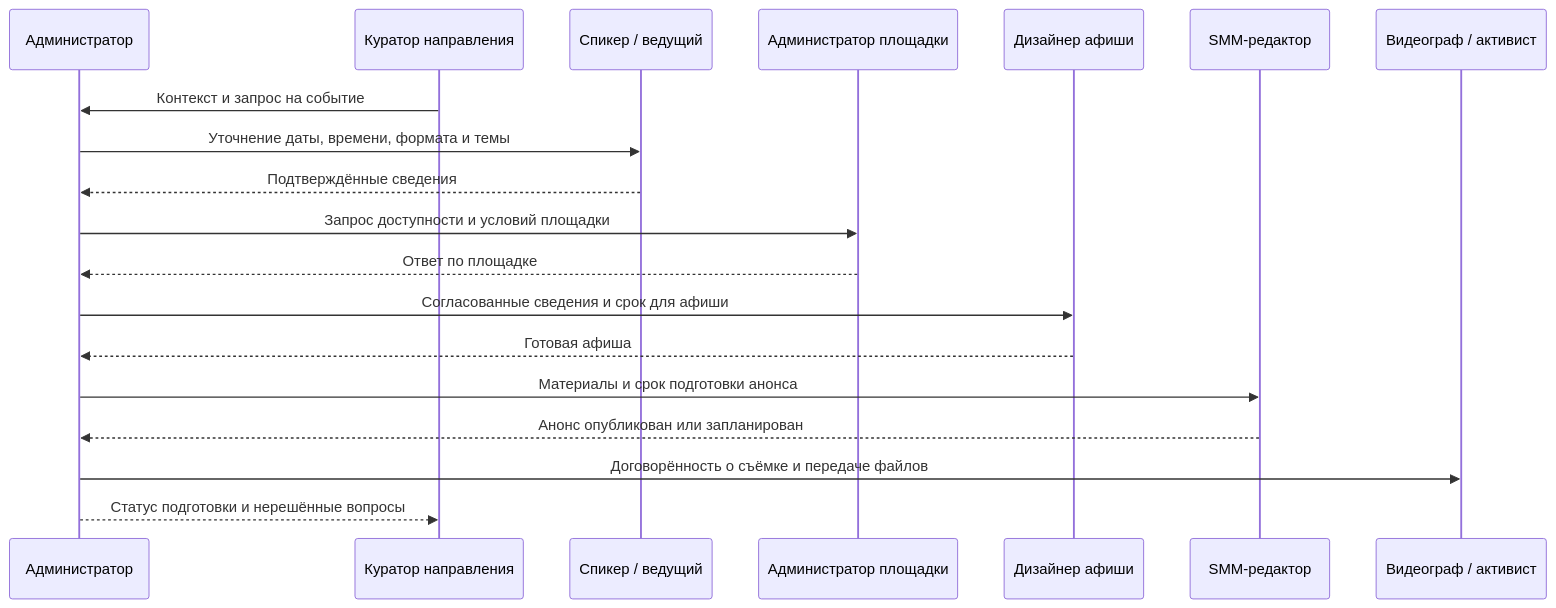
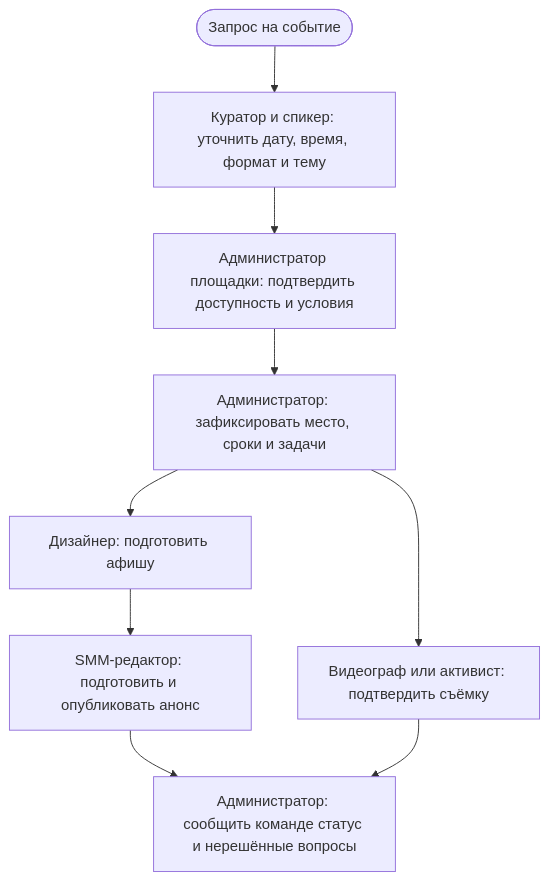
Before and after one commit to bydenisby/KOMP_planning: the first of 3 diagrams in ROLES/administrator.md, drawn with Mermaid. The commit also changed other lines of this file, not shown here.

Commit message:
more readable uml-diagram

````diff
--- a/ROLES/administrator.md
+++ b/ROLES/administrator.md
@@ -35,22 +35,11 @@
 ```mermaid
-sequenceDiagram
-	participant A as Администратор
-	participant K as Куратор направления
-	participant S as Спикер / ведущий
-	participant P as Администратор площадки
-	participant D as Дизайнер афиши
-	participant R as SMM-редактор
-	participant V as Видеограф / активист
-
-	K->>A: Контекст и запрос на событие
-	A->>S: Уточнение даты, времени, формата и темы
-	S-->>A: Подтверждённые сведения
-	A->>P: Запрос доступности и условий площадки
-	P-->>A: Ответ по площадке
-	A->>D: Согласованные сведения и срок для афиши
-	D-->>A: Готовая афиша
-	A->>R: Материалы и срок подготовки анонса
-	R-->>A: Анонс опубликован или запланирован
-	A->>V: Договорённость о съёмке и передаче файлов
-	A-->>K: Статус подготовки и нерешённые вопросы
+flowchart TD
+    A([Запрос на событие]) --> B[Куратор и спикер: уточнить дату, время, формат и тему]
+    B --> C[Администратор площадки: подтвердить доступность и условия]
+    C --> D[Администратор: зафиксировать место, сроки и задачи]
+    D --> E[Дизайнер: подготовить афишу]
+    E --> F[SMM-редактор: подготовить и опубликовать анонс]
+    D --> G[Видеограф или активист: подтвердить съёмку]
+    F --> H[Администратор: сообщить команде статус и нерешённые вопросы]
+    G --> H
 ```
````
